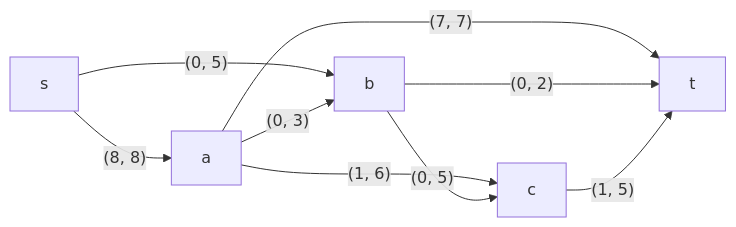
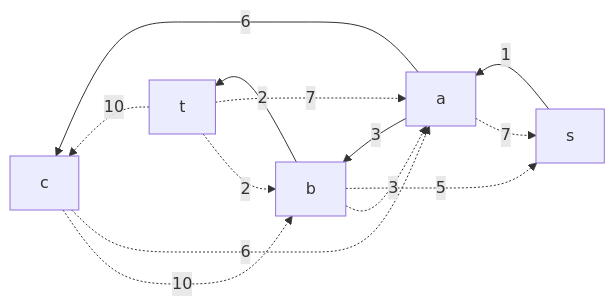
Before and after one commit to hse-algo-24-crow/manual-tasks-crow: the fourth of 7 diagrams in task-9/goidaz.md, drawn with Mermaid. The commit also changed other lines of this file, not shown here.

````diff
--- a/task-9/goidaz.md
+++ b/task-9/goidaz.md
@@ -99,11 +126,16 @@
-```mermaid
-graph LR
-s -- "(8, 8)" --> a
-s -- "(0, 5)" --> b
-a -- "(0, 3)" --> b
-a -- "(1, 6)" --> c
-a -- "(7, 7)" --> t
-b -- "(0, 5)" --> c
-b -- "(0, 2)" --> t
-c -- "(1, 5)" --> t
-```
+~~~mermaid
+
+graph RL
+    s-->|1|a
+    a-.->|7|s
+    b-.->|5|s
+    t-.->|7|a
+    a-->|3|b
+    b-.->|3|a
+    a-->|6|c
+    c-.->|6|a
+    c-.->|10|b
+    b-->|2|t
+    t-.->|2|b
+    t-.->|10|c
+~~~
````
